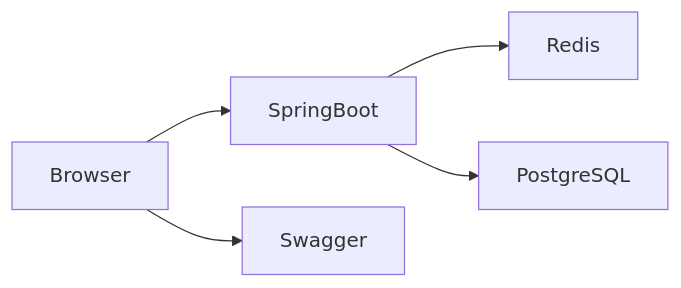
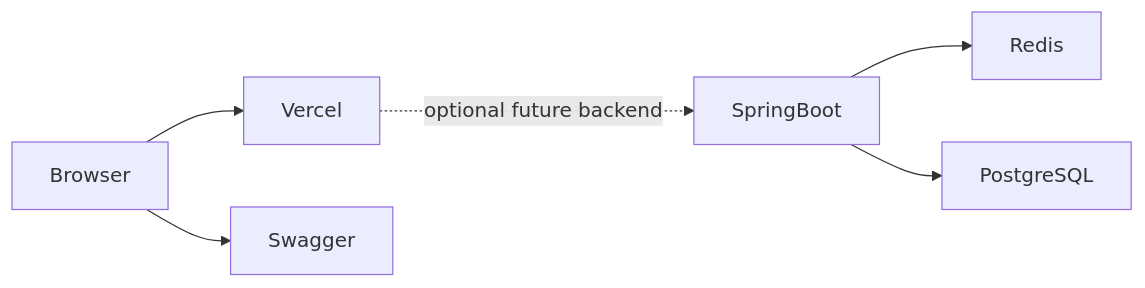
The diagram in README.md (NishGoyal01/Distributed-URL-Shortener), drawn with Mermaid before and after one commit. The commit also changed other lines of this file and 22 other files, not shown here.

````diff
--- a/README.md
+++ b/README.md
@@ -36,7 +31,8 @@
 ```mermaid
 flowchart LR
-    Browser --> SpringBoot
+    Browser --> Vercel
+    Vercel -. optional future backend .-> SpringBoot
     SpringBoot --> Redis
     SpringBoot --> PostgreSQL
     Browser --> Swagger
 ```
````
